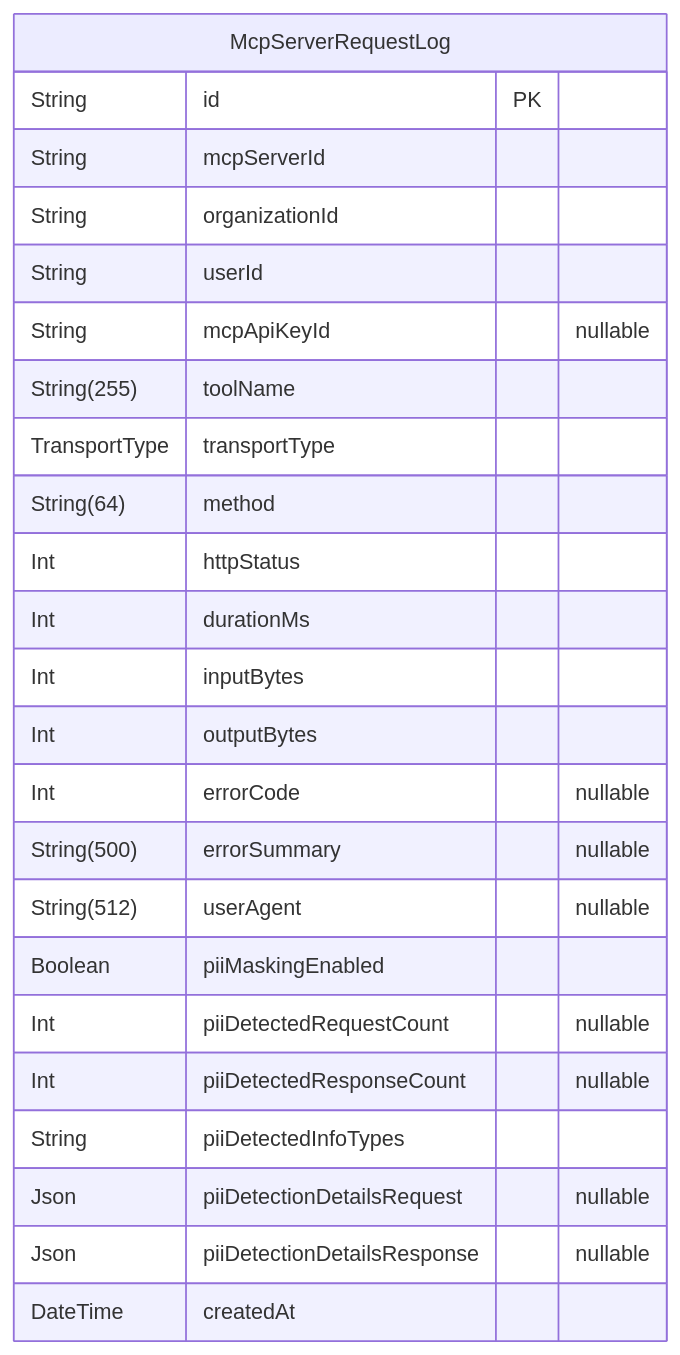
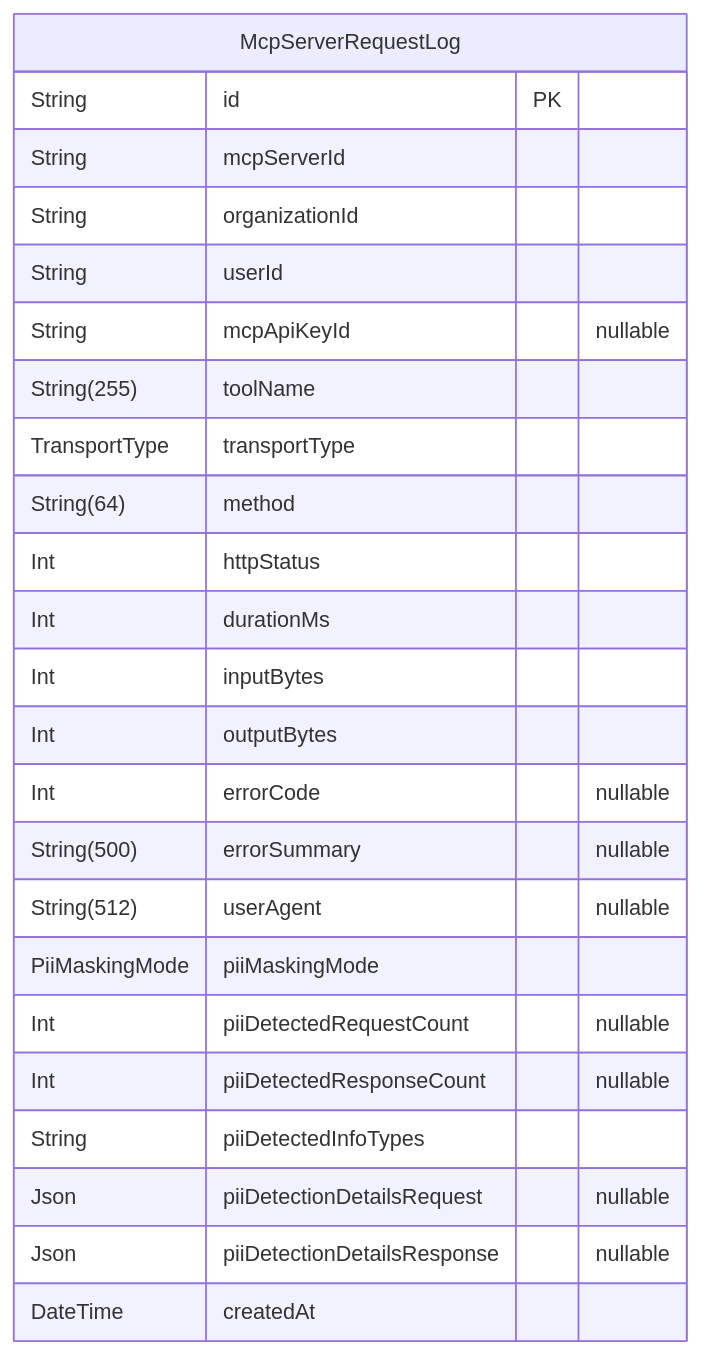
One commit to rayven122/tumiki changed the sixth of 9 diagrams in packages/db/prisma/README.md. Above: the diagram before and after it, drawn with Mermaid. The commit also changed other lines of this file and 20 other files, not shown here.

````diff
--- a/packages/db/prisma/README.md
+++ b/packages/db/prisma/README.md
@@ -448,27 +448,27 @@
 ```mermaid
 erDiagram
 "McpServerRequestLog" {
   String id PK
   String mcpServerId
   String organizationId
   String userId
   String mcpApiKeyId "nullable"
   String(255) toolName
   TransportType transportType
   String(64) method
   Int httpStatus
   Int durationMs
   Int inputBytes
   Int outputBytes
   Int errorCode "nullable"
   String(500) errorSummary "nullable"
   String(512) userAgent "nullable"
-  Boolean piiMaskingEnabled
+  PiiMaskingMode piiMaskingMode
   Int piiDetectedRequestCount "nullable"
   Int piiDetectedResponseCount "nullable"
   String piiDetectedInfoTypes
   Json piiDetectionDetailsRequest "nullable"
   Json piiDetectionDetailsResponse "nullable"
   DateTime createdAt
 }
 ```
````
